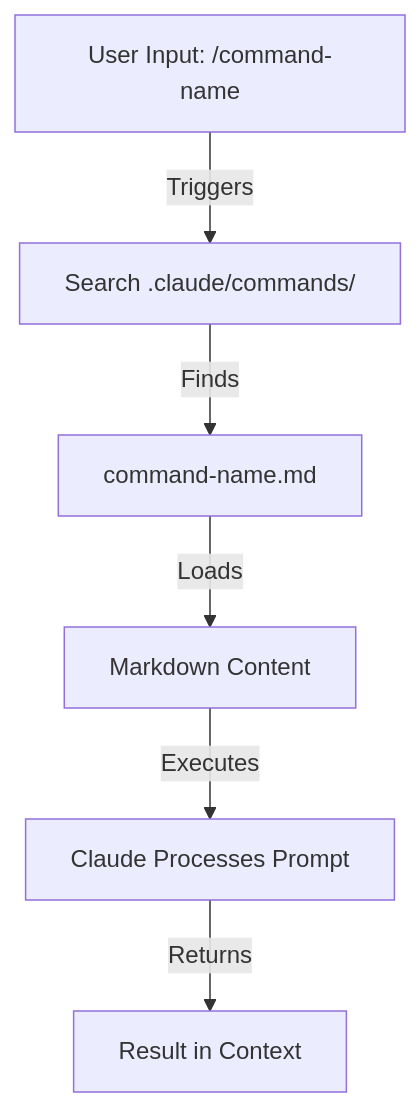
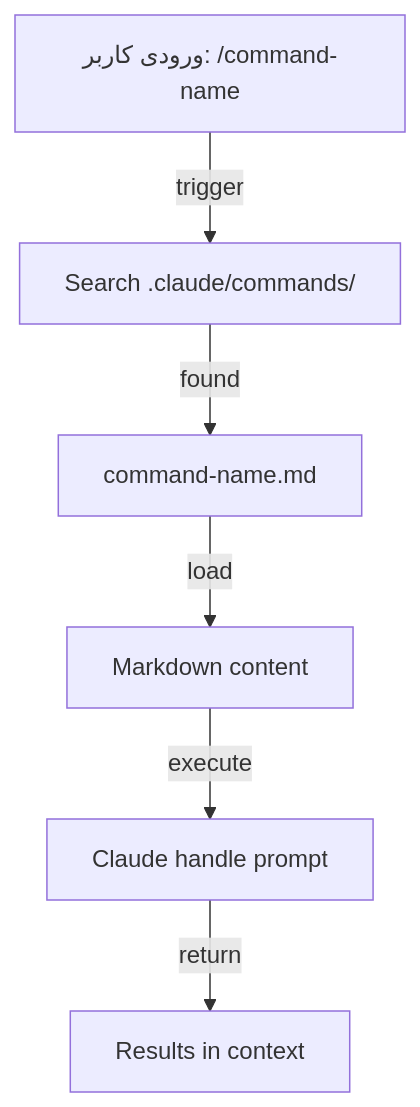
One commit to hassanbht/claude-howto changed the first of 2 diagrams in fa/claude_concepts_guide.md. Above: the diagram before and after it, drawn with Mermaid. The commit also changed other lines of this file and 213 other files, not shown here.

````diff
--- a/fa/claude_concepts_guide.md
+++ b/fa/claude_concepts_guide.md
@@ -41,8 +33,8 @@
 ```mermaid
 graph TD
-    A["User Input: /command-name"] -->|Triggers| B["Search .claude/commands/"]
-    B -->|Finds| C["command-name.md"]
-    C -->|Loads| D["Markdown Content"]
-    D -->|Executes| E["Claude Processes Prompt"]
-    E -->|Returns| F["Result in Context"]
+    A["ورودی کاربر: /command-name"] -->|trigger| B["Search .claude/commands/"]
+    B -->|found| C["command-name.md"]
+    C -->|load| D["Markdown content"]
+    D -->|execute| E["Claude handle prompt"]
+    E -->|return| F["Results in context"]
 ```
````
